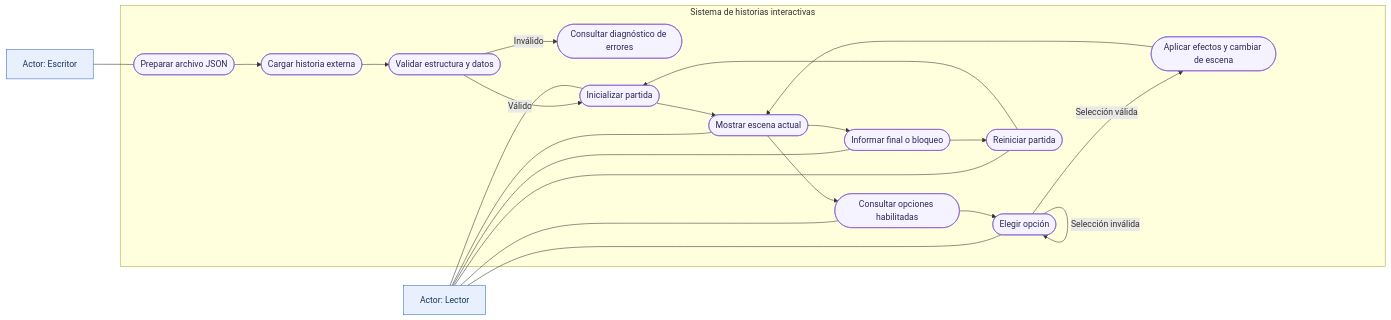
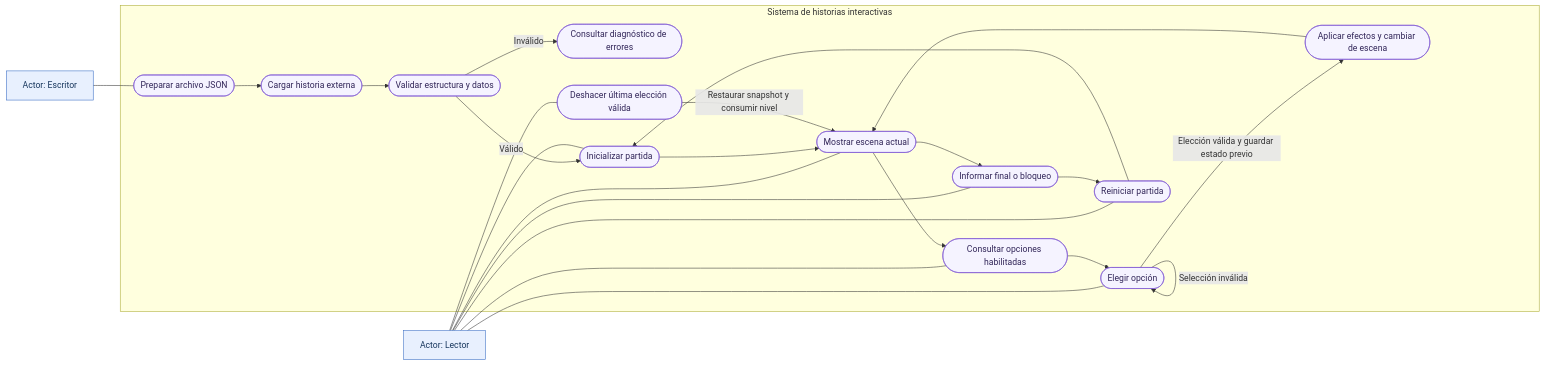
The second of 5 diagrams in documentacion/Anexo/diagramas/diagramas.md (Zulianys-O-Ch/Parcial_OrozcoZulianys_HernandezJuan), drawn with Mermaid before and after one commit. The commit also changed other lines of this file and 14 other files, not shown here.

````diff
--- a/documentacion/Anexo/diagramas/diagramas.md
+++ b/documentacion/Anexo/diagramas/diagramas.md
@@ -38,48 +38,51 @@
 ```mermaid
 
 flowchart LR
     L["Actor: Lector"]
     E["Actor: Escritor"]
 
     subgraph SISTEMA["Sistema de historias interactivas"]
         UC1(["Cargar historia externa"])
         UC2(["Validar estructura y datos"])
         UC3(["Consultar diagnóstico de errores"])
         UC4(["Inicializar partida"])
         UC5(["Mostrar escena actual"])
         UC6(["Consultar opciones habilitadas"])
         UC7(["Elegir opción"])
         UC8(["Aplicar efectos y cambiar de escena"])
         UC9(["Informar final o bloqueo"])
         UC10(["Reiniciar partida"])
         UC11(["Preparar archivo JSON"])
+        UC12(["Deshacer última elección válida"])
     end
 
     E --- UC11
     UC11 --> UC1
     UC1 --> UC2
     UC2 -->|"Válido"| UC4
     UC2 -->|"Inválido"| UC3
 
     L --- UC4
     L --- UC5
     L --- UC6
     L --- UC7
     L --- UC9
     L --- UC10
+    L --- UC12
 
     UC4 --> UC5
     UC5 --> UC6
     UC6 --> UC7
-    UC7 -->|"Selección válida"| UC8
+    UC7 -->|"Elección válida y guardar estado previo"| UC8
     UC8 --> UC5
     UC7 -->|"Selección inválida"| UC7
     UC5 --> UC9
     UC9 --> UC10
     UC10 --> UC4
+    UC12 -->|"Restaurar snapshot y consumir nivel"| UC5
 
     classDef actor fill:#e8f0fe,stroke:#356ac3,color:#17365d
     classDef usecase fill:#f5f3ff,stroke:#805ad5,color:#322659
     class L,E actor
-    class UC1,UC2,UC3,UC4,UC5,UC6,UC7,UC8,UC9,UC10,UC11 usecase
+    class UC1,UC2,UC3,UC4,UC5,UC6,UC7,UC8,UC9,UC10,UC11,UC12 usecase
 ```
````
